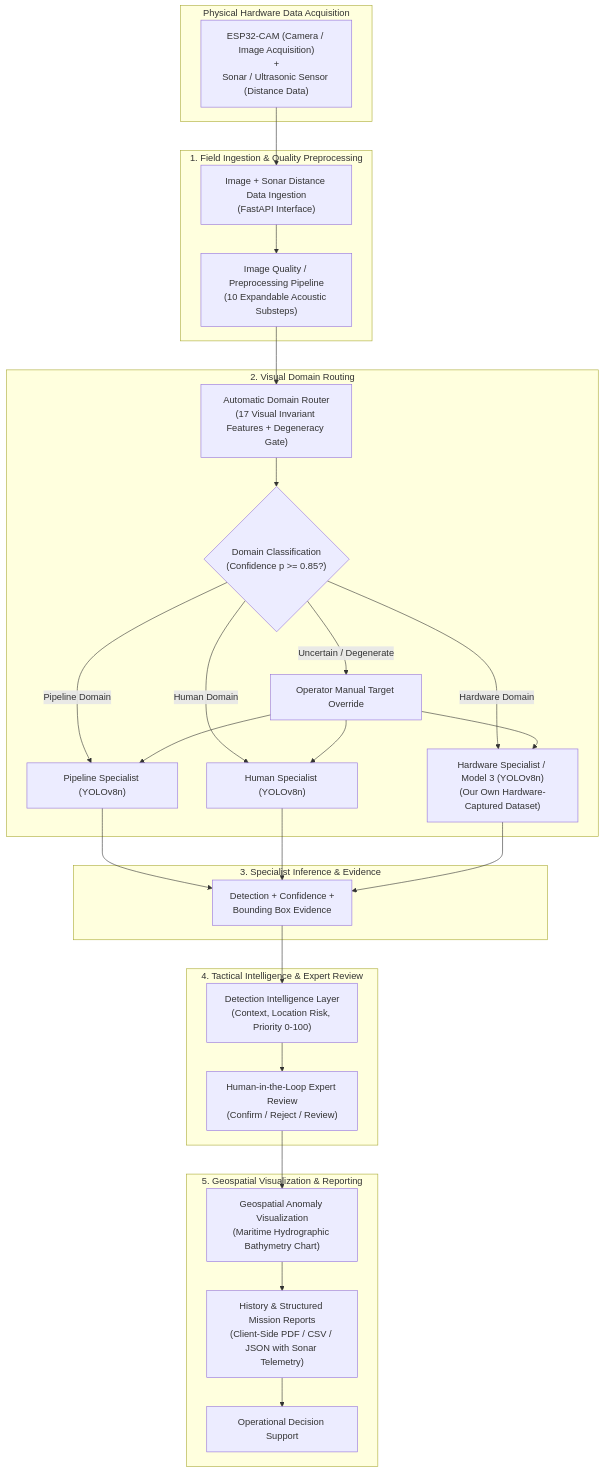
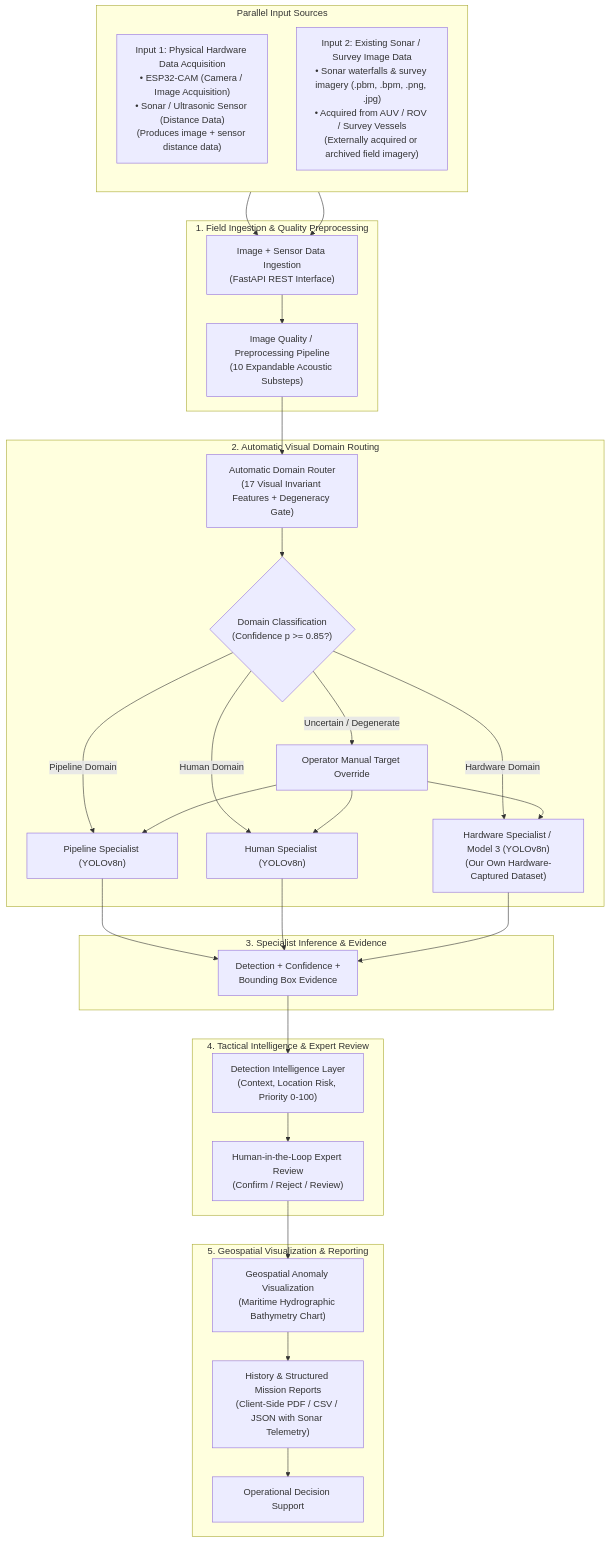
The second of 10 diagrams in README.md (cherry-git999/ORCA---OCEAN-RESEARCH-CLASSIFICATION-PLATFORM), drawn with Mermaid before and after one commit. The commit also changed other lines of this file, not shown here.

Commit message:
updated readm.md file11

````diff
--- a/README.md
+++ b/README.md
@@ -57,36 +57,39 @@
 ```mermaid
 flowchart TD
-    subgraph HardwareLayer["Physical Hardware Data Acquisition"]
-        HW["ESP32-CAM (Camera / Image Acquisition)\n+\nSonar / Ultrasonic Sensor (Distance Data)"]
+    subgraph InputSources["Parallel Input Sources"]
+        direction TB
+        HW["Input 1: Physical Hardware Data Acquisition\n• ESP32-CAM (Camera / Image Acquisition)\n• Sonar / Ultrasonic Sensor (Distance Data)\n(Produces image + sensor distance data)"]
+        Survey["Input 2: Existing Sonar / Survey Image Data\n• Sonar waterfalls & survey imagery (.pbm, .bpm, .png, .jpg)\n• Acquired from AUV / ROV / Survey Vessels\n(Externally acquired or archived field imagery)"]
     end
 
     subgraph IngestionStage["1. Field Ingestion & Quality Preprocessing"]
-        HW --> Ingest["Image + Sonar Distance Data Ingestion\n(FastAPI Interface)"]
+        HW --> Ingest["Image + Sensor Data Ingestion\n(FastAPI REST Interface)"]
+        Survey --> Ingest
         Ingest --> Preprocess["Image Quality / Preprocessing Pipeline\n(10 Expandable Acoustic Substeps)"]
     end
 
-    subgraph RoutingStage["2. Visual Domain Routing"]
+    subgraph RoutingStage["2. Automatic Visual Domain Routing"]
         Preprocess --> Router["Automatic Domain Router\n(17 Visual Invariant Features + Degeneracy Gate)"]
         Router --> Gate{"Domain Classification\n(Confidence p >= 0.85?)"}
         Gate -- "Pipeline Domain" --> M1["Pipeline Specialist (YOLOv8n)"]
         Gate -- "Human Domain" --> M2["Human Specialist (YOLOv8n)"]
         Gate -- "Hardware Domain" --> M3["Hardware Specialist / Model 3 (YOLOv8n)\n(Our Own Hardware-Captured Dataset)"]
         Gate -- "Uncertain / Degenerate" --> Override["Operator Manual Target Override"]
         Override --> M1 & M2 & M3
     end
 
     subgraph InferenceEvidence["3. Specialist Inference & Evidence"]
         M1 & M2 & M3 --> DetEvidence["Detection + Confidence +\nBounding Box Evidence"]
     end
 
     subgraph DecisionSupport["4. Tactical Intelligence & Expert Review"]
         DetEvidence --> Intel["Detection Intelligence Layer\n(Context, Location Risk, Priority 0-100)"]
         Intel --> Review["Human-in-the-Loop Expert Review\n(Confirm / Reject / Review)"]
     end
 
     subgraph OperationalOutputs["5. Geospatial Visualization & Reporting"]
         Review --> GeoMap["Geospatial Anomaly Visualization\n(Maritime Hydrographic Bathymetry Chart)"]
         GeoMap --> Reports["History & Structured Mission Reports\n(Client-Side PDF / CSV / JSON with Sonar Telemetry)"]
         Reports --> Decision["Operational Decision Support"]
     end
 ```
````
